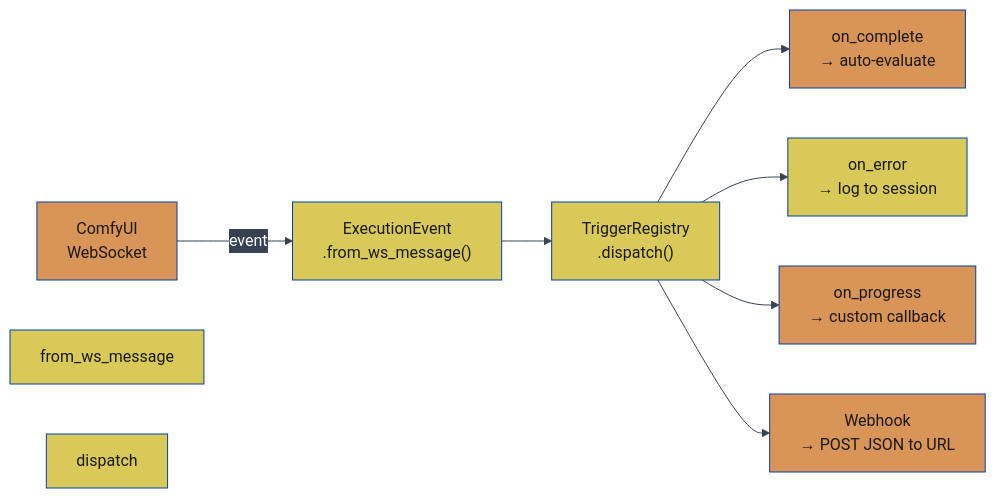
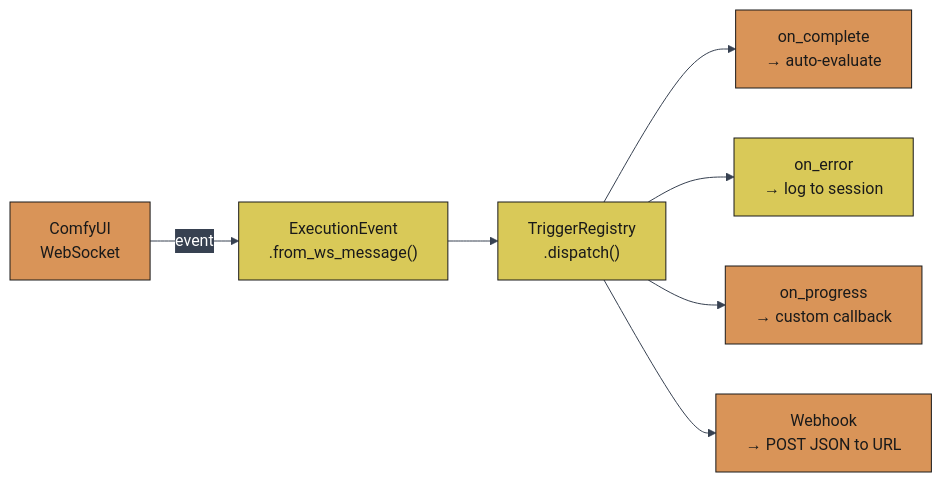
One commit to JosephOIbrahim/Comfy-Cozy changed the ninth of 27 diagrams in README.md. Above: the diagram before and after it, drawn with Mermaid. The commit also changed other lines of this file, not shown here.

First line of the commit message:
[DOCS] Convert mermaid styling to classDef for reliable GitHub rendering

````diff
--- a/README.md
+++ b/README.md
@@ -576,20 +560,15 @@
 ```mermaid
 %%{init: {'theme':'base','themeVariables': {'primaryColor':'#0066FF','primaryTextColor':'#ffffff','primaryBorderColor':'#003eaa','lineColor':'#374151','secondaryColor':'#374151','tertiaryColor':'#1f2937','fontFamily':'monospace'}}}%%
 flowchart LR
     WS["ComfyUI<br/>WebSocket"] -->|event| Parse["ExecutionEvent<br/>.from_ws_message()"]
     Parse --> Dispatch["TriggerRegistry<br/>.dispatch()"]
     Dispatch --> CB1["on_complete<br/>→ auto-evaluate"]
     Dispatch --> CB2["on_error<br/>→ log to session"]
     Dispatch --> CB3["on_progress<br/>→ custom callback"]
     Dispatch --> WH["Webhook<br/>→ POST JSON to URL"]
 
-    style WS fill:#d99458,color:#1a1a1a
-    style Parse fill:#d9c958,color:#1a1a1a
-    style Dispatch fill:#d9c958,color:#1a1a1a
-    style CB1 fill:#d99458,color:#1a1a1a
-    style CB2 fill:#d9c958,color:#1a1a1a
-    style CB3 fill:#d99458,color:#1a1a1a
-    style WH fill:#d99458,color:#1a1a1a
-    style from_ws_message fill:#d9c958,color:#1a1a1a
-    style dispatch fill:#d9c958,color:#1a1a1a
+    classDef orange fill:#d99458,color:#1a1a1a,stroke:#1a1a1a
+    classDef yellow fill:#d9c958,color:#1a1a1a,stroke:#1a1a1a
+    class WS,CB1,CB3,WH orange
+    class Parse,Dispatch,CB2,from_ws_message,dispatch yellow
 ```
````
